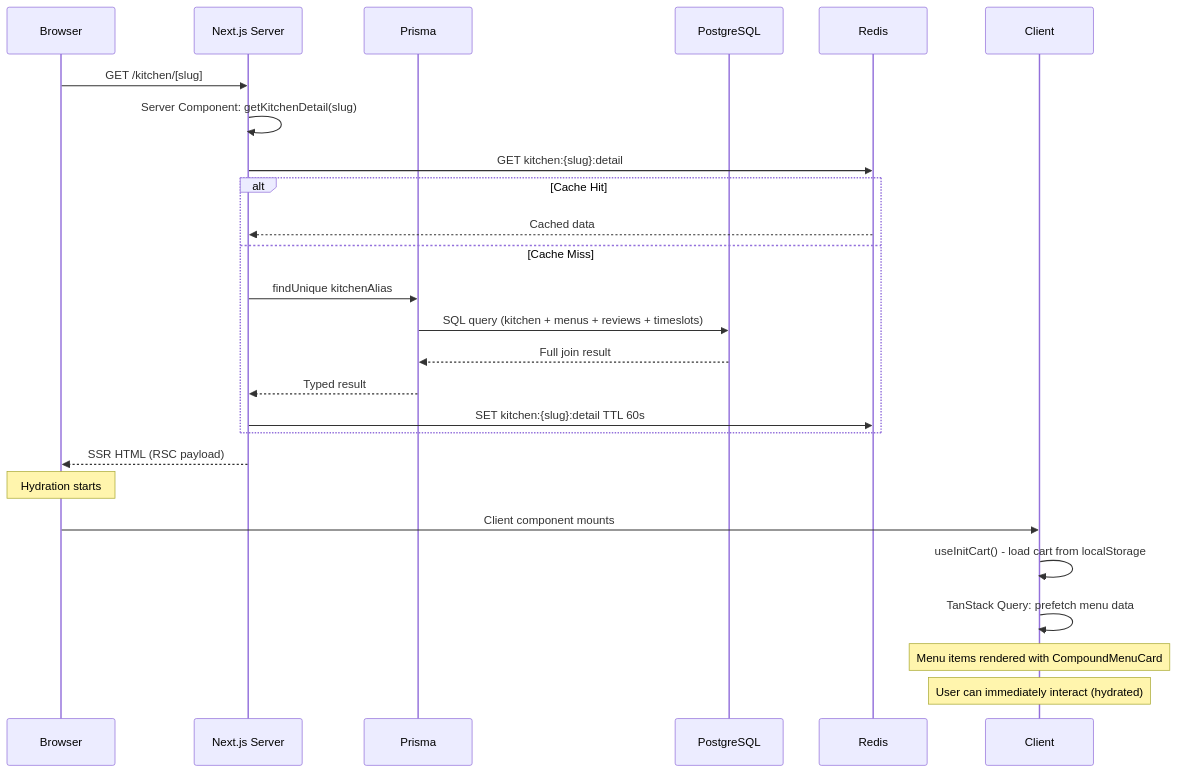
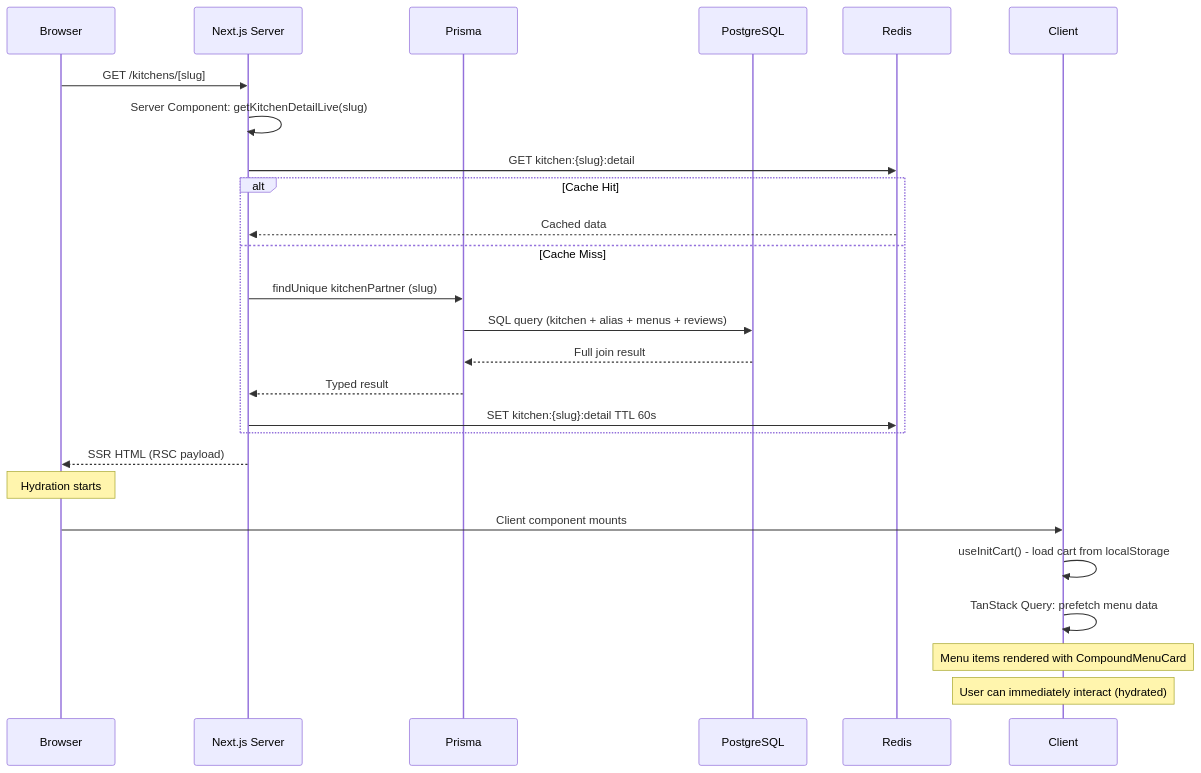
One commit to dharshan47/rrckitchen changed the second of 7 diagrams in docs/06-state-data-flow.md. Above: the diagram before and after it, drawn with Mermaid. The commit also changed other lines of this file and 462 other files, not shown here.

````diff
--- a/docs/06-state-data-flow.md
+++ b/docs/06-state-data-flow.md
@@ -186,33 +201,33 @@
 ```mermaid
 sequenceDiagram
     participant Browser
     participant Server as Next.js Server
     participant Prisma
     participant PG as PostgreSQL
     participant Redis
     participant Client
 
-    Browser->>Server: GET /kitchen/[slug]
-    Server->>Server: Server Component: getKitchenDetail(slug)
+    Browser->>Server: GET /kitchens/[slug]
+    Server->>Server: Server Component: getKitchenDetailLive(slug)
 
     Server->>Redis: GET kitchen:{slug}:detail
     alt Cache Hit
         Redis-->>Server: Cached data
     else Cache Miss
-        Server->>Prisma: findUnique kitchenAlias
-        Prisma->>PG: SQL query (kitchen + menus + reviews + timeslots)
+        Server->>Prisma: findUnique kitchenPartner (slug)
+        Prisma->>PG: SQL query (kitchen + alias + menus + reviews)
         PG-->>Prisma: Full join result
         Prisma-->>Server: Typed result
         Server->>Redis: SET kitchen:{slug}:detail TTL 60s
     end
 
     Server-->>Browser: SSR HTML (RSC payload)
     Note over Browser: Hydration starts
 
     Browser->>Client: Client component mounts
     Client->>Client: useInitCart() - load cart from localStorage
     Client->>Client: TanStack Query: prefetch menu data
 
     Note over Client: Menu items rendered with CompoundMenuCard
     Note over Client: User can immediately interact (hydrated)
 ```
````
